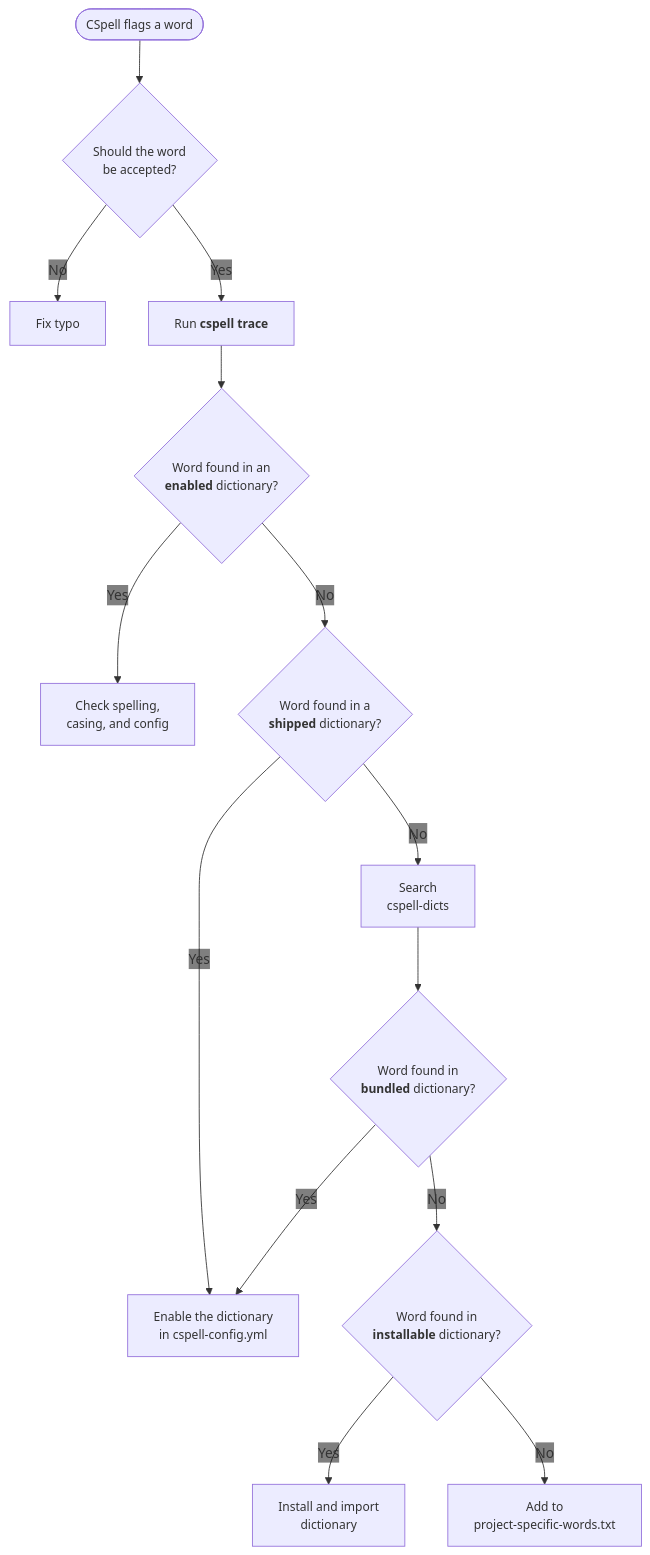
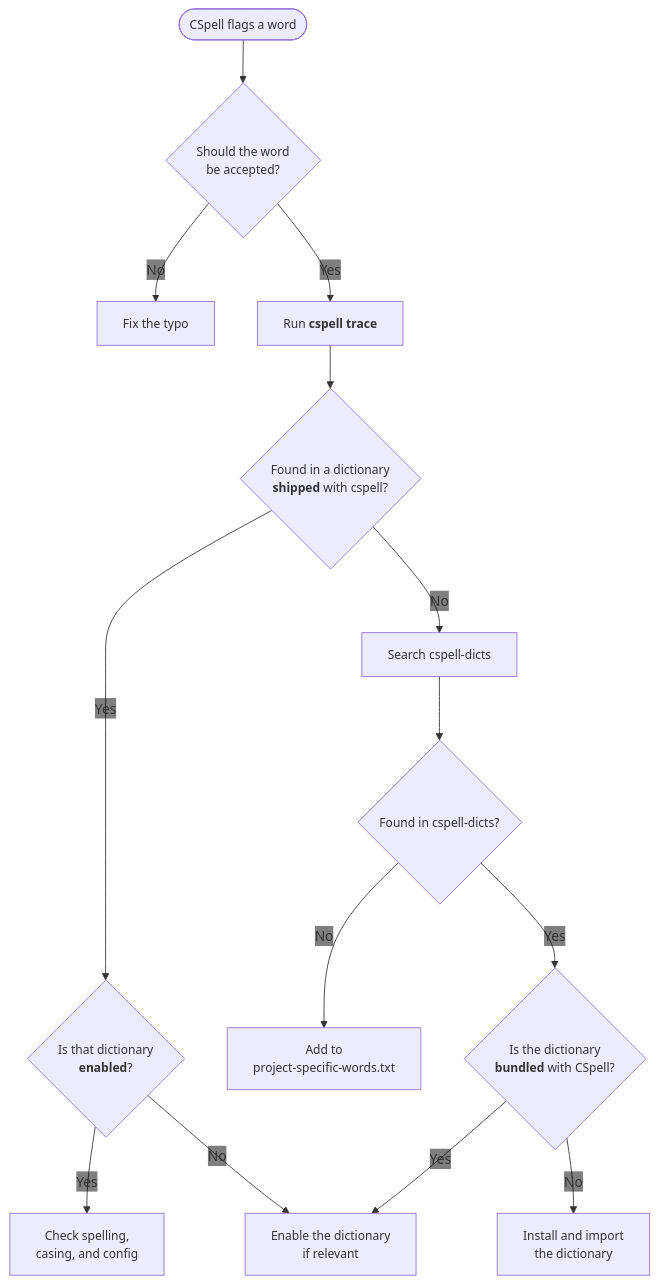
One commit to ScilifelabDataCentre/data-centre-template changed the diagram in .config/cspell/README.md. Above: the diagram before and after it, drawn with Mermaid.

Commit message:
change flowchart

````diff
--- a/.config/cspell/README.md
+++ b/.config/cspell/README.md
@@ -75,29 +75,30 @@
 ```mermaid
 ---
 config:
   themeVariables:
     edgeLabelBackground: transparent
 ---
 flowchart TD
-    A([CSpell flags a word]) --> B{Should the word </br> be accepted?}
+    A([CSpell flags a word]) --> B{Should the word<br/>be accepted?}
 
-    B -->|No| C[Fix typo]
+    B -->|No| C[Fix the typo]
     B -->|Yes| D["`Run **cspell trace**`"]
 
-    D --> E{"`Word found in an </br> **enabled** dictionary?`"}
-    E -->|Yes| F[Check spelling, </br> casing, and config]
-    E -->|No| G{"`Word found in a </br> **shipped** dictionary?`"}
+    D --> E{"`Found in a dictionary<br/>**shipped** with cspell?`"}
 
-    G -->|Yes| H[Enable the dictionary </br> in cspell-config.yml]
-    G -->|No| I[Search </br> cspell-dicts]
+    E -->|Yes| F{"`Is that dictionary<br/>**enabled**?`"}
+    F -->|Yes| G[Check spelling,<br/>casing, and config]
+    F -->|No| H[Enable the dictionary<br/>if relevant]
 
-    I --> J{"`Word found in </br> **bundled** dictionary?`"}
-    J -->|Yes| H
-    J -->|No| K{"`Word found in </br> **installable** dictionary?`"}
+    E -->|No| I[Search cspell-dicts]
 
-    K -->|Yes| L[Install and import </br> dictionary]
-    K -->|No| M[Add to </br> project-specific-words.txt]
+    I --> J{"`Found in cspell-dicts?`"}
+    J -->|No| K[Add to<br/>project-specific-words.txt]
+    J -->|Yes| L{"`Is the dictionary<br/>**bundled** with CSpell?`"}
+
+    L -->|Yes| H
+    L -->|No| M[Install and import<br/>the dictionary]
 
     classDef compact font-size:14px;
     class A,B,C,D,E,F,G,H,I,J,K,L,M compact;
 ```
````
